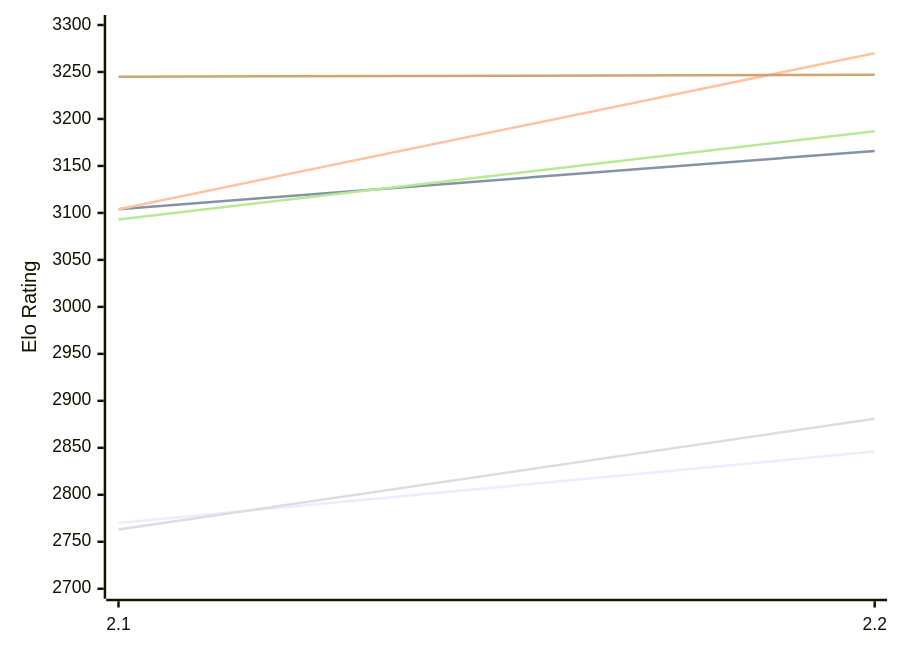
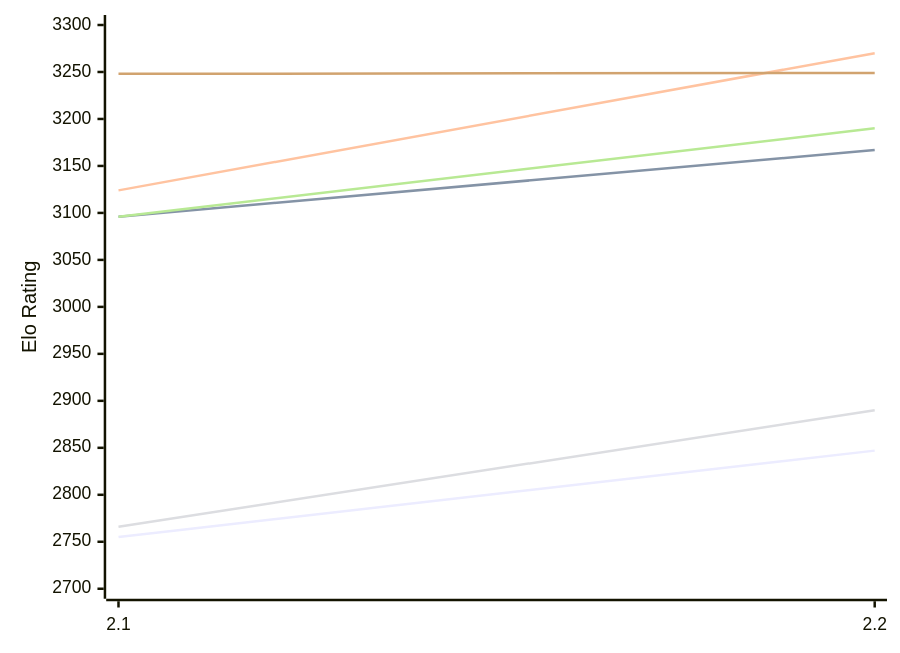
One commit to computer-chess-index/cci changed the first of 2 diagrams in engines/Tunguska.md. Above: the diagram before and after it, drawn with Mermaid. The commit also changed other lines of this file, not shown here.

Commit message:
Update CCI Ratings (ELO VLTC) - 2026-11-24

````diff
--- a/engines/Tunguska.md
+++ b/engines/Tunguska.md
@@ -51,12 +51,12 @@
 ```mermaid
 %%{init: {"theme":"base","themeVariables":{"seriesColors:['#a3a3a3','#222221','#faa371']}}}%%
 xychart-beta
   x-axis ["2.1", "2.2"]
   y-axis "Elo Rating" 2700 --> 3300
-  line "E1: STC (8.0+0.08s)" [2770, 2846]
-  line "E1: LTC (60.0+0.60s)" [3104, 3166]
-  line "E1: VLTC (2m24s+1.12s)" [3104, 3270]
-  line "P1: STC (8.0+0.08s)" [2763, 2881]
-  line "P1: LTC (60.0+0.60s)" [3093, 3187]
-  line "P1: VLTC (2m24s+1.12s)" [3245, 3247]
+  line "E1: STC (8.0+0.08s)" [2755, 2847]
+  line "E1: LTC (60.0+0.60s)" [3096, 3167]
+  line "E1: VLTC (2m24s+1.12s)" [3124, 3270]
+  line "P1: STC (8.0+0.08s)" [2766, 2890]
+  line "P1: LTC (60.0+0.60s)" [3096, 3190]
+  line "P1: VLTC (2m24s+1.12s)" [3248, 3249]
 ```
````
